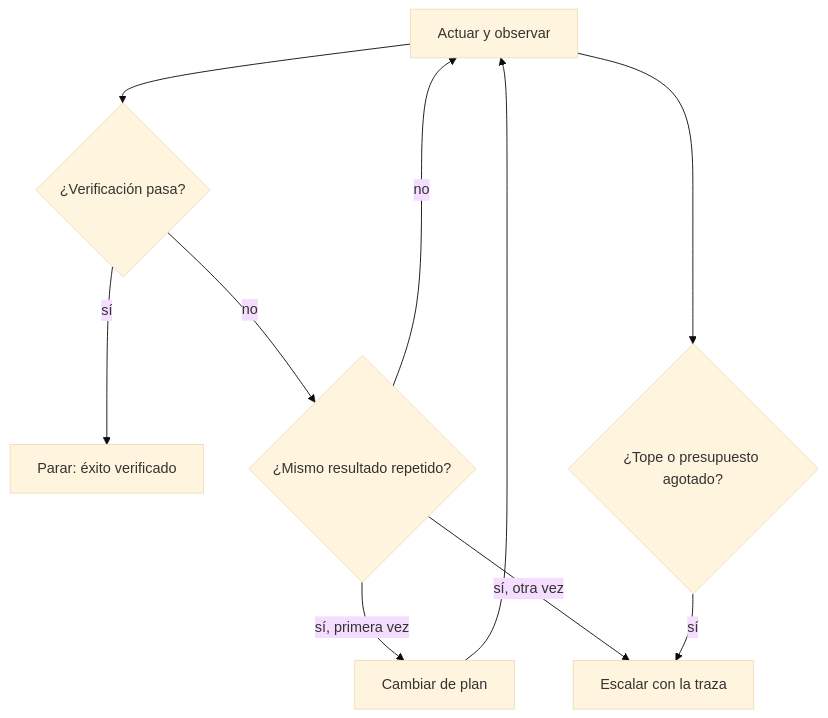
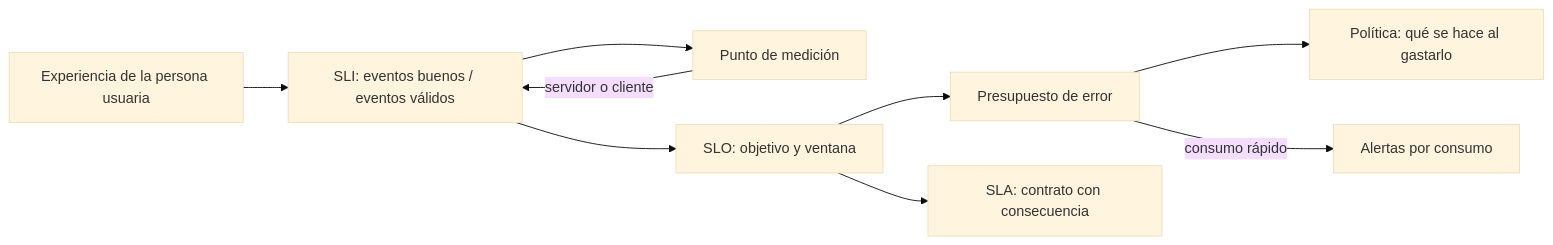
One commit to vladimiracunadev-create/modern-software-engineering-program changed the diagram in content/part-41/SE-497.md. Above: the diagram before and after it, drawn with Mermaid (base theme). The commit also changed other lines of this file and 5193 other files, not shown here.

````diff
--- a/content/part-41/SE-497.md
+++ b/content/part-41/SE-497.md
@@ -57,12 +54,11 @@
 ```mermaid
-flowchart TD
-    A[Actuar y observar] --> B{¿Verificación pasa?}
-    B -->|sí| S[Parar: éxito verificado]
-    B -->|no| C{¿Mismo resultado repetido?}
-    C -->|no| A
-    C -->|sí, primera vez| P[Cambiar de plan]
-    P --> A
-    C -->|sí, otra vez| E[Escalar con la traza]
-    A --> T{¿Tope o presupuesto agotado?}
-    T -->|sí| E
+flowchart LR
+    A[Experiencia de la persona usuaria] --> B[SLI: eventos buenos / eventos válidos]
+    B --> C[Punto de medición]
+    B --> D[SLO: objetivo y ventana]
+    D --> E[Presupuesto de error]
+    E --> F[Política: qué se hace al gastarlo]
+    D --> G[SLA: contrato con consecuencia]
+    E -->|consumo rápido| H[Alertas por consumo]
+    C -->|servidor o cliente| B
 ```
````
